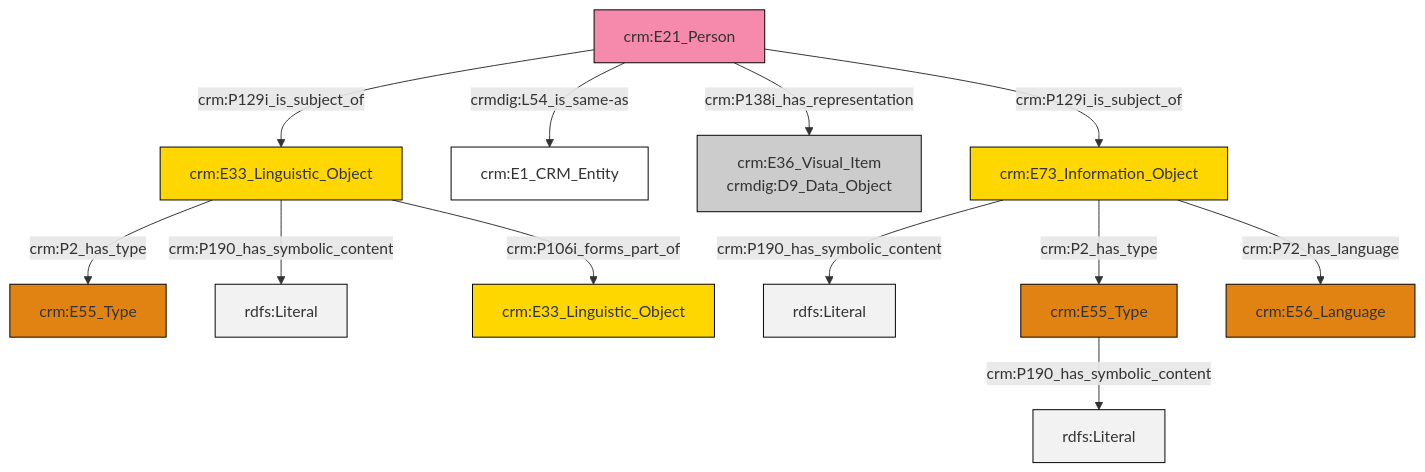
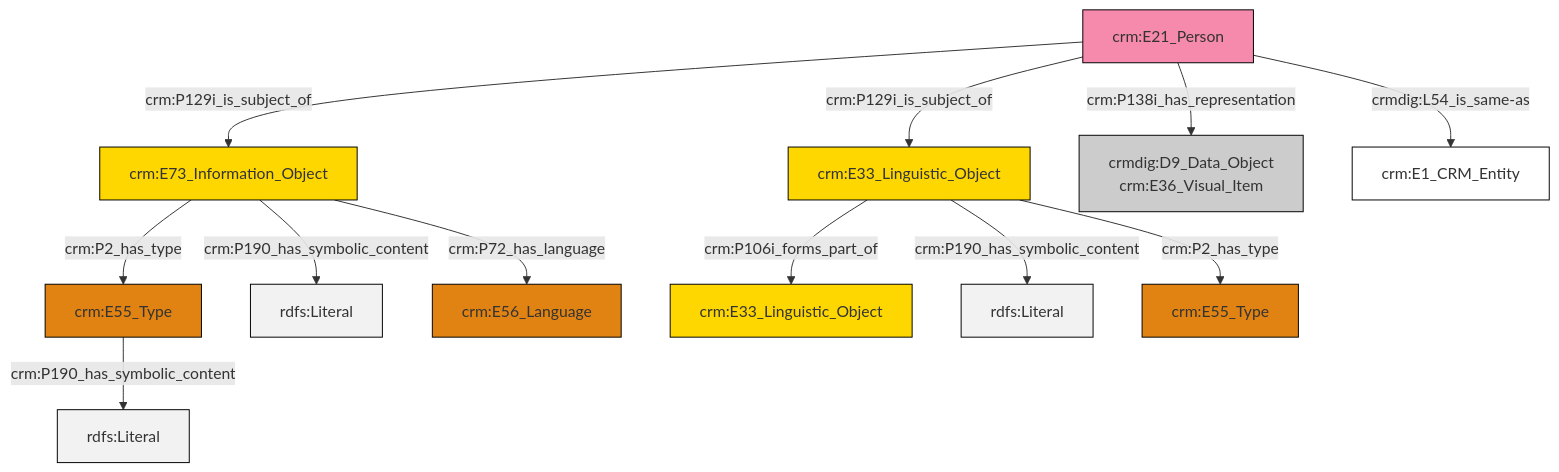
One commit to swiss-art-research-net/reference-data-models changed the diagram in et/personCSV/ttl/mmd/Person_Documentation.ttl.mmd. Above: the diagram before and after it, drawn with Mermaid. The commit also changed 129 other files, not shown here.

```diff
--- a/et/personCSV/ttl/mmd/Person_Documentation.ttl.mmd
+++ b/et/personCSV/ttl/mmd/Person_Documentation.ttl.mmd
@@ -1,26 +1,26 @@
 graph TD
 classDef Literal fill:#f2f2f2,stroke:#000000;
 classDef CRM_Entity fill:#FFFFFF,stroke:#000000;
 classDef Temporal_Entity fill:#00C9E6, stroke:#000000;
 classDef Type fill:#E18312, stroke:#000000;
 classDef Time-Span fill:#2C9C91, stroke:#000000;
 classDef Appellation fill:#FFEB7F, stroke:#000000;
 classDef Place fill:#008836, stroke:#000000;
 classDef Persistent_Item fill:#B266B2, stroke:#000000;
 classDef Conceptual_Object fill:#FFD700, stroke:#000000;
 classDef Physical_Thing fill:#D2B48C, stroke:#000000;
 classDef Actor fill:#f58aad, stroke:#000000;
 classDef PC_Classes fill:#4ce600, stroke:#000000;
 classDef Multi fill:#cccccc,stroke:#000000;
 
-0["crm:E73_Information_Object"]:::Conceptual_Object -->|crm:P190_has_symbolic_content| 1[rdfs:Literal]:::Literal
-2["crm:E21_Person"]:::Actor -->|crm:P129i_is_subject_of| 4["crm:E33_Linguistic_Object"]:::Conceptual_Object
-0["crm:E73_Information_Object"]:::Conceptual_Object -->|crm:P2_has_type| 5["crm:E55_Type"]:::Type
-4["crm:E33_Linguistic_Object"]:::Conceptual_Object -->|crm:P2_has_type| 6["crm:E55_Type"]:::Type
-2["crm:E21_Person"]:::Actor -->|crmdig:L54_is_same-as| 10["crm:E1_CRM_Entity"]:::CRM_Entity
-5["crm:E55_Type"]:::Type -->|crm:P190_has_symbolic_content| 14[rdfs:Literal]:::Literal
-4["crm:E33_Linguistic_Object"]:::Conceptual_Object -->|crm:P190_has_symbolic_content| 16[rdfs:Literal]:::Literal
-2["crm:E21_Person"]:::Actor -->|crm:P138i_has_representation| 11["crm:E36_Visual_Item<br>crmdig:D9_Data_Object"]:::Multi
-2["crm:E21_Person"]:::Actor -->|crm:P129i_is_subject_of| 0["crm:E73_Information_Object"]:::Conceptual_Object
-4["crm:E33_Linguistic_Object"]:::Conceptual_Object -->|crm:P106i_forms_part_of| 20["crm:E33_Linguistic_Object"]:::Conceptual_Object
-0["crm:E73_Information_Object"]:::Conceptual_Object -->|crm:P72_has_language| 7["crm:E56_Language"]:::Type
+4["crm:E21_Person"]:::Actor -->|crm:P129i_is_subject_of| 5["crm:E73_Information_Object"]:::Conceptual_Object
+4["crm:E21_Person"]:::Actor -->|crm:P129i_is_subject_of| 8["crm:E33_Linguistic_Object"]:::Conceptual_Object
+8["crm:E33_Linguistic_Object"]:::Conceptual_Object -->|crm:P106i_forms_part_of| 2["crm:E33_Linguistic_Object"]:::Conceptual_Object
+5["crm:E73_Information_Object"]:::Conceptual_Object -->|crm:P2_has_type| 12["crm:E55_Type"]:::Type
+4["crm:E21_Person"]:::Actor -->|crm:P138i_has_representation| 0["crmdig:D9_Data_Object<br>crm:E36_Visual_Item"]:::Multi
+8["crm:E33_Linguistic_Object"]:::Conceptual_Object -->|crm:P190_has_symbolic_content| 16[rdfs:Literal]:::Literal
+5["crm:E73_Information_Object"]:::Conceptual_Object -->|crm:P190_has_symbolic_content| 18[rdfs:Literal]:::Literal
+8["crm:E33_Linguistic_Object"]:::Conceptual_Object -->|crm:P2_has_type| 6["crm:E55_Type"]:::Type
+5["crm:E73_Information_Object"]:::Conceptual_Object -->|crm:P72_has_language| 20["crm:E56_Language"]:::Type
+4["crm:E21_Person"]:::Actor -->|crmdig:L54_is_same-as| 9["crm:E1_CRM_Entity"]:::CRM_Entity
+12["crm:E55_Type"]:::Type -->|crm:P190_has_symbolic_content| 21[rdfs:Literal]:::Literal
```
